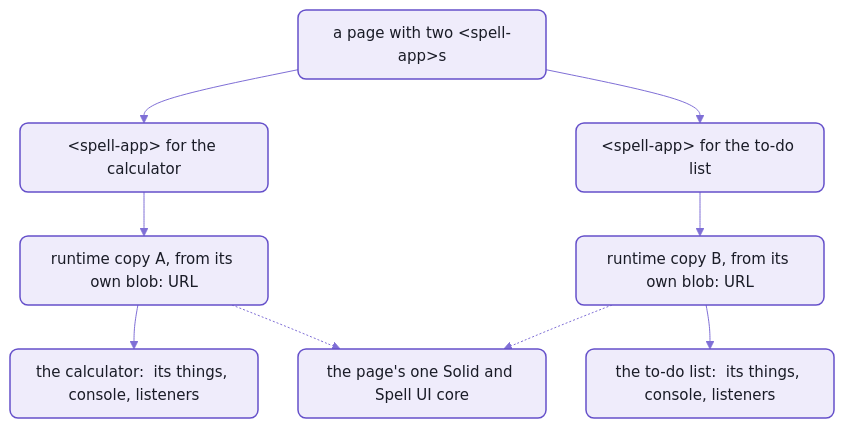
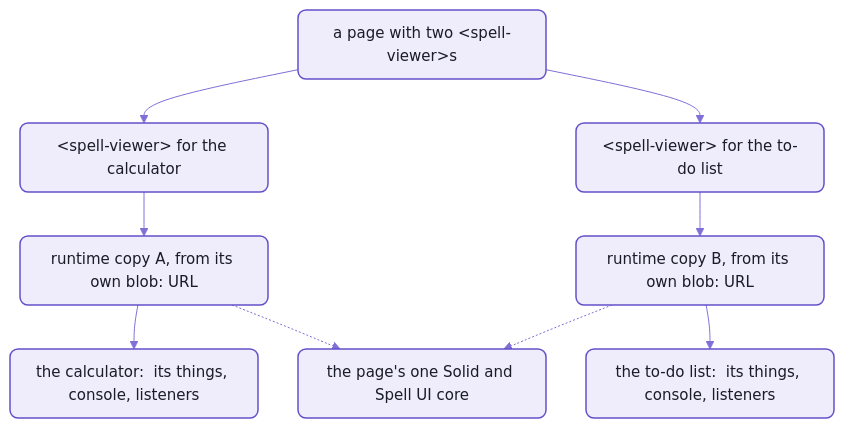
The second of 2 diagrams in app/README-app.md (spell-app/spell), drawn with Mermaid before and after one commit. The commit also changed other lines of this file and 208 other files, not shown here.

Commit message:
elemental-spell P2, I1, I2:  Spell Viewer -- the runtime <spell-app> page element is now <spell-viewer>;  App is a View with its own <solitaire-app> element, which the viewer places;  compiled modules import only the built-in classes they use

````diff
--- a/app/README-app.md
+++ b/app/README-app.md
@@ -243,14 +243,14 @@
 ```mermaid
 %%{init: {"theme":"base","themeVariables":{"fontFamily":"-apple-system, BlinkMacSystemFont, Segoe UI, Helvetica, Arial, sans-serif","fontSize":"15px","primaryColor":"#EFECFB","primaryBorderColor":"#6550CA","primaryTextColor":"#1A1C27","secondaryColor":"#F4F1E9","tertiaryColor":"#F7F6FC","lineColor":"#7F6FD6","textColor":"#7F6FD6","clusterBkg":"#F7F6FC","clusterBorder":"#B9B0E8","titleColor":"#1A1C27","edgeLabelBackground":"#F7F6FC","actorBkg":"#EFECFB","actorBorder":"#6550CA","actorTextColor":"#1A1C27","actorLineColor":"#9C90DE","signalColor":"#7F6FD6","signalTextColor":"#7F6FD6","labelBoxBkgColor":"#EFECFB","labelBoxBorderColor":"#6550CA","labelTextColor":"#1A1C27","loopTextColor":"#7F6FD6","noteBkgColor":"#F1E7D4","noteBorderColor":"#C9B48A","noteTextColor":"#1A1C27","activationBkgColor":"#DCD6F7","activationBorderColor":"#6550CA","sequenceNumberColor":"#FFFFFF"},"flowchart":{"curve":"basis","padding":12,"nodeSpacing":40,"rankSpacing":44}}}%%
 flowchart TB
-  page["a page with two &lt;spell-app&gt;s"] --> a["&lt;spell-app&gt; for the calculator"]
-  page --> b["&lt;spell-app&gt; for the to-do list"]
+  page["a page with two &lt;spell-viewer&gt;s"] --> a["&lt;spell-viewer&gt; for the calculator"]
+  page --> b["&lt;spell-viewer&gt; for the to-do list"]
   a --> ra["runtime copy A, from its own blob: URL"]
   b --> rb["runtime copy B, from its own blob: URL"]
   ra --> pa["the calculator:  its things, console, listeners"]
   rb --> pb["the to-do list:  its things, console, listeners"]
   ra -.-> solid["the page's one Solid and Spell UI core"]
   rb -.-> solid
   %% the Spell look:  yarn mermaid:pretty
   classDef default fill:#EFECFB,stroke:#6550CA,stroke-width:1.5px,color:#1A1C27,rx:8px,ry:8px
 ```
````
